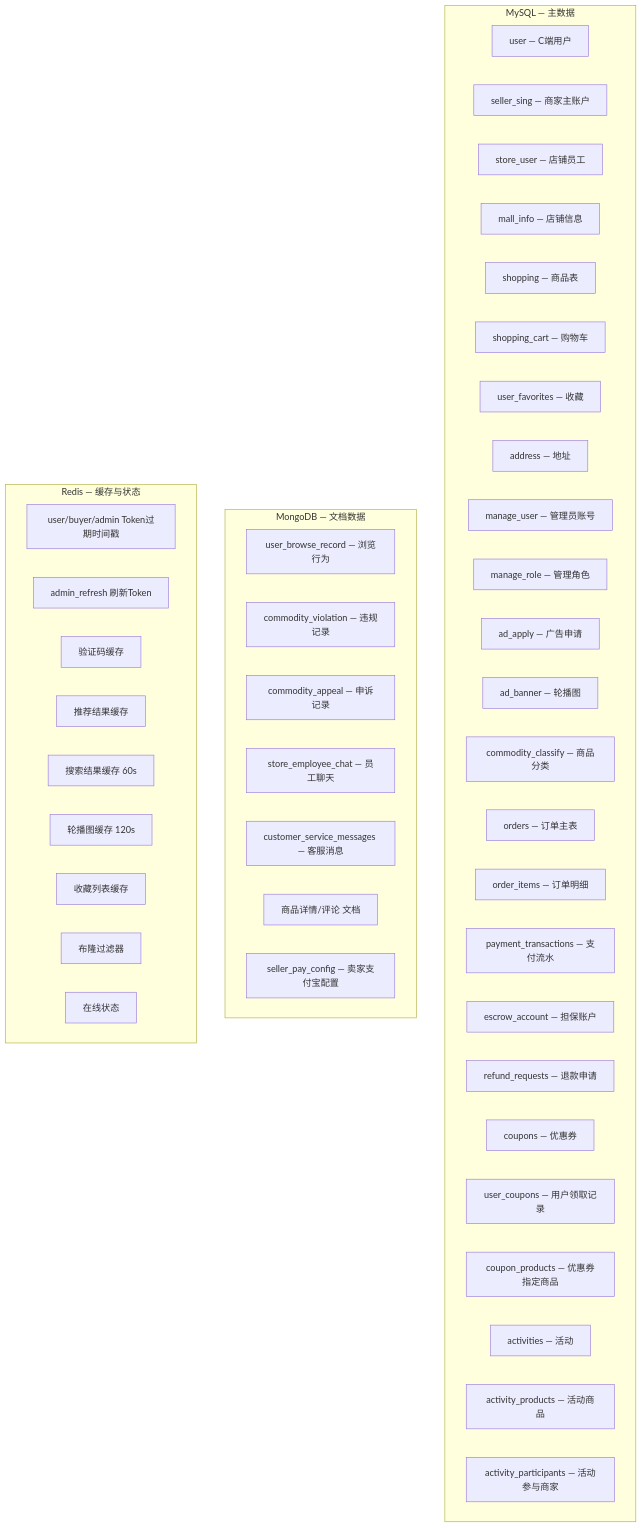
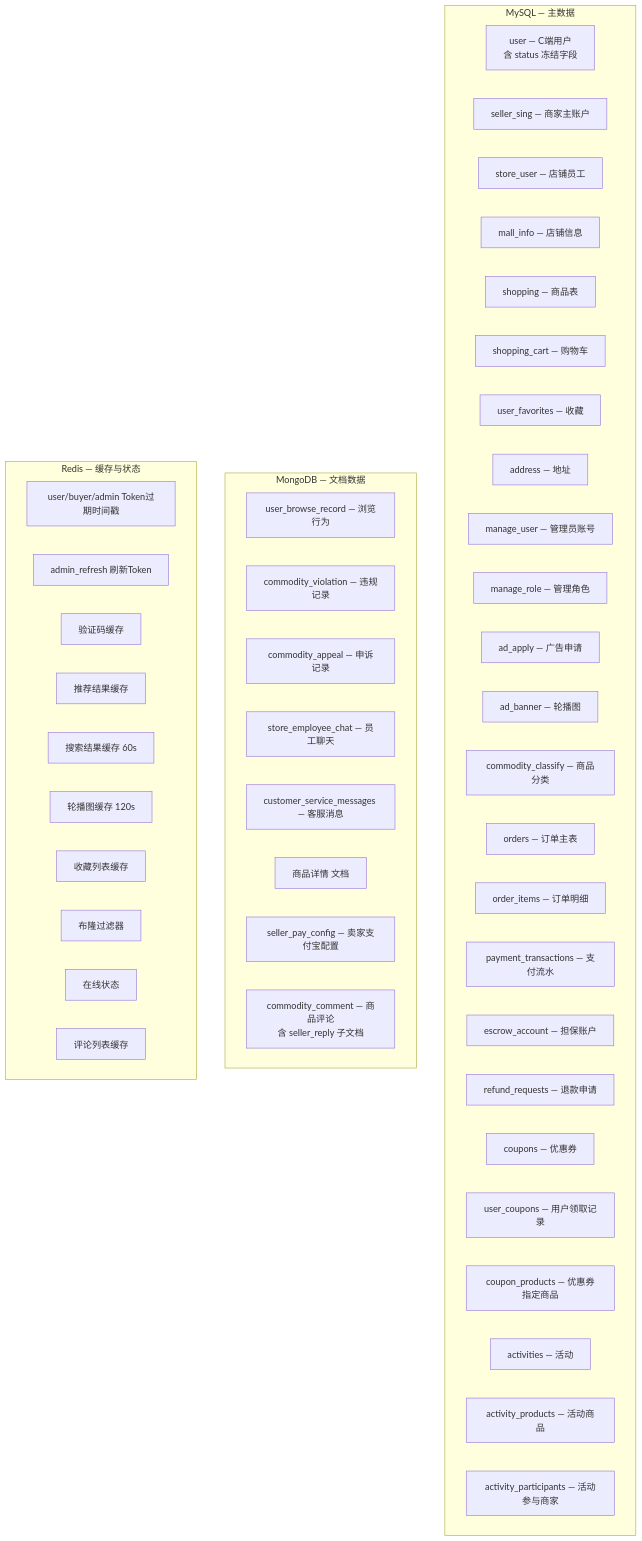
Before and after one commit to SDIJF1521/xb_mall: the tenth of 13 diagrams in README.md, drawn with Mermaid. The commit also changed other lines of this file and 26 other files, not shown here.

````diff
--- a/README.md
+++ b/README.md
@@ -518,51 +527,53 @@
 ```mermaid
 flowchart TB
     subgraph MySQL["MySQL — 主数据"]
-        T1["user — C端用户"]
+        T1["user — C端用户\n含 status 冻结字段"]
         T2["seller_sing — 商家主账户"]
         T3["store_user — 店铺员工"]
         T4["mall_info — 店铺信息"]
         T5["shopping — 商品表"]
         T6["shopping_cart — 购物车"]
         T7["user_favorites — 收藏"]
         T8["address — 地址"]
         T9["manage_user — 管理员账号"]
         T10["manage_role — 管理角色"]
         T11["ad_apply — 广告申请"]
         T12["ad_banner — 轮播图"]
         T13["commodity_classify — 商品分类"]
         T14["orders — 订单主表"]
         T15["order_items — 订单明细"]
         T16["payment_transactions — 支付流水"]
         T17["escrow_account — 担保账户"]
         T18["refund_requests — 退款申请"]
         T19["coupons — 优惠券"]
         T20["user_coupons — 用户领取记录"]
         T21["coupon_products — 优惠券指定商品"]
         T22["activities — 活动"]
         T23["activity_products — 活动商品"]
         T24["activity_participants — 活动参与商家"]
     end
 
     subgraph MongoDB["MongoDB — 文档数据"]
         M1["user_browse_record — 浏览行为"]
         M2["commodity_violation — 违规记录"]
         M3["commodity_appeal — 申诉记录"]
         M4["store_employee_chat — 员工聊天"]
         M5["customer_service_messages — 客服消息"]
-        M6["商品详情/评论 文档"]
+        M6["商品详情 文档"]
         M7["seller_pay_config — 卖家支付宝配置"]
+        M8["commodity_comment — 商品评论\n含 seller_reply 子文档"]
     end
 
     subgraph Redis["Redis — 缓存与状态"]
         R1["user/buyer/admin Token过期时间戳"]
         R2["admin_refresh 刷新Token"]
         R3["验证码缓存"]
         R4["推荐结果缓存"]
         R5["搜索结果缓存 60s"]
         R6["轮播图缓存 120s"]
         R7["收藏列表缓存"]
         R8["布隆过滤器"]
         R9["在线状态"]
+        R10["评论列表缓存"]
     end
 ```
````
